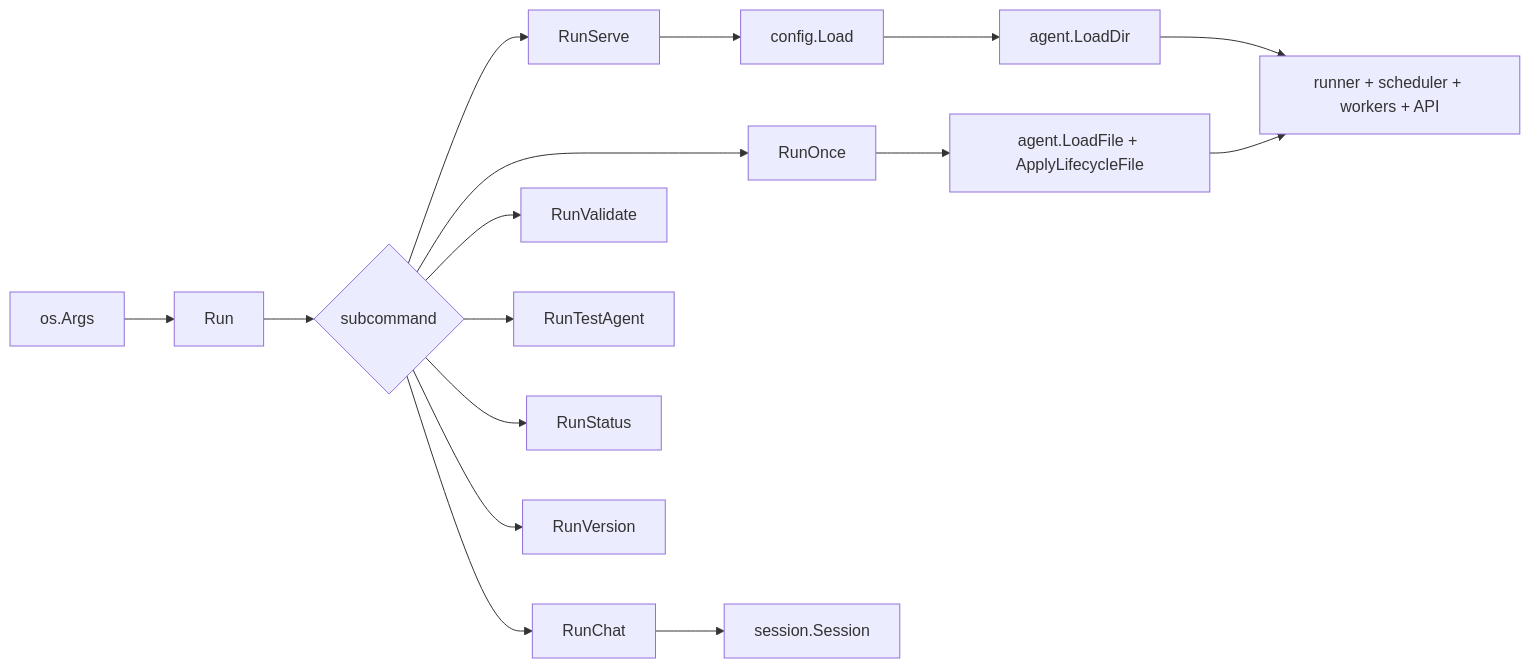
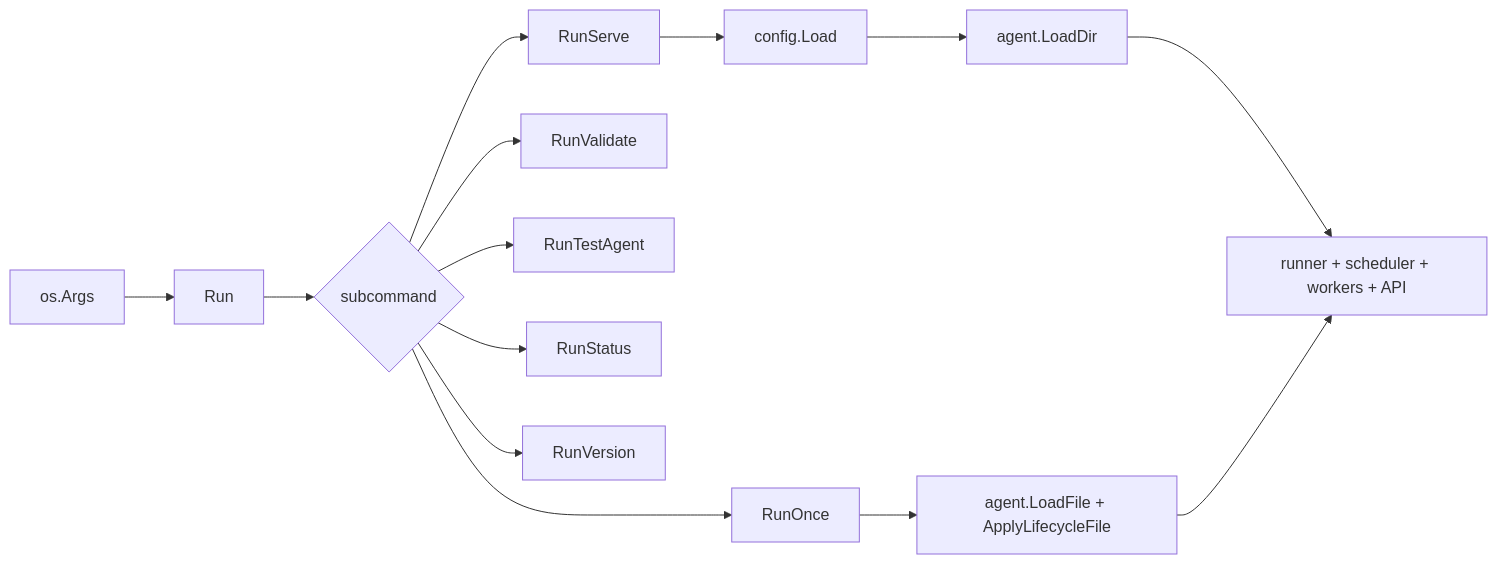
One commit to TGPSKI/leather changed the diagram in docs/modules/cli.md. Above: the diagram before and after it, drawn with Mermaid. The commit also changed other lines of this file and 13 other files, not shown here.

````diff
--- a/docs/modules/cli.md
+++ b/docs/modules/cli.md
@@ -103,19 +98,17 @@
 ```mermaid
 flowchart LR
     ARGS[os.Args] --> RUN[Run]
     RUN --> DISPATCH{subcommand}
     DISPATCH --> SERVE[RunServe]
-    DISPATCH --> CHAT[RunChat]
     DISPATCH --> ONCE[RunOnce]
     DISPATCH --> VAL[RunValidate]
     DISPATCH --> TEST[RunTestAgent]
     DISPATCH --> STATUS[RunStatus]
     DISPATCH --> VERSION[RunVersion]
 
     SERVE --> CFG[config.Load]
     CFG --> AG[agent.LoadDir]
     AG --> RUNTIME[runner + scheduler + workers + API]
     ONCE --> ONEAG[agent.LoadFile + ApplyLifecycleFile]
     ONEAG --> RUNTIME
-    CHAT --> SESS[session.Session]
 ```
````
